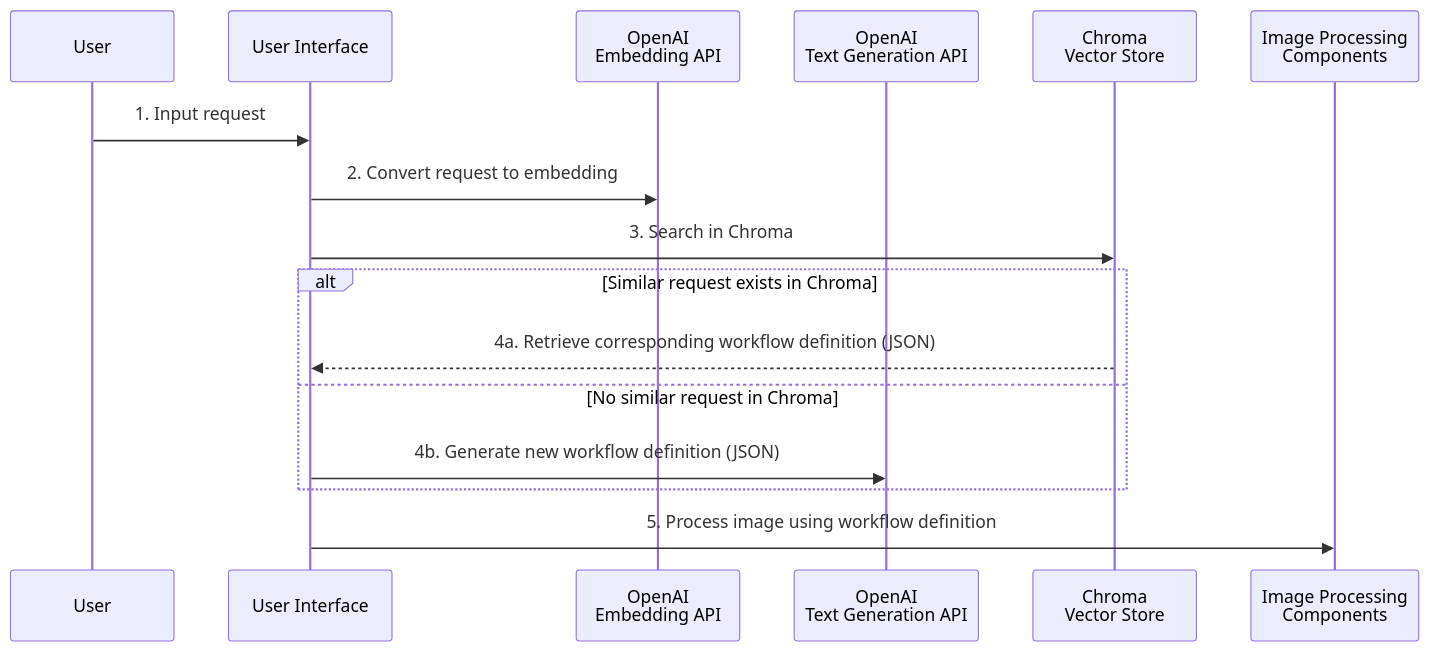
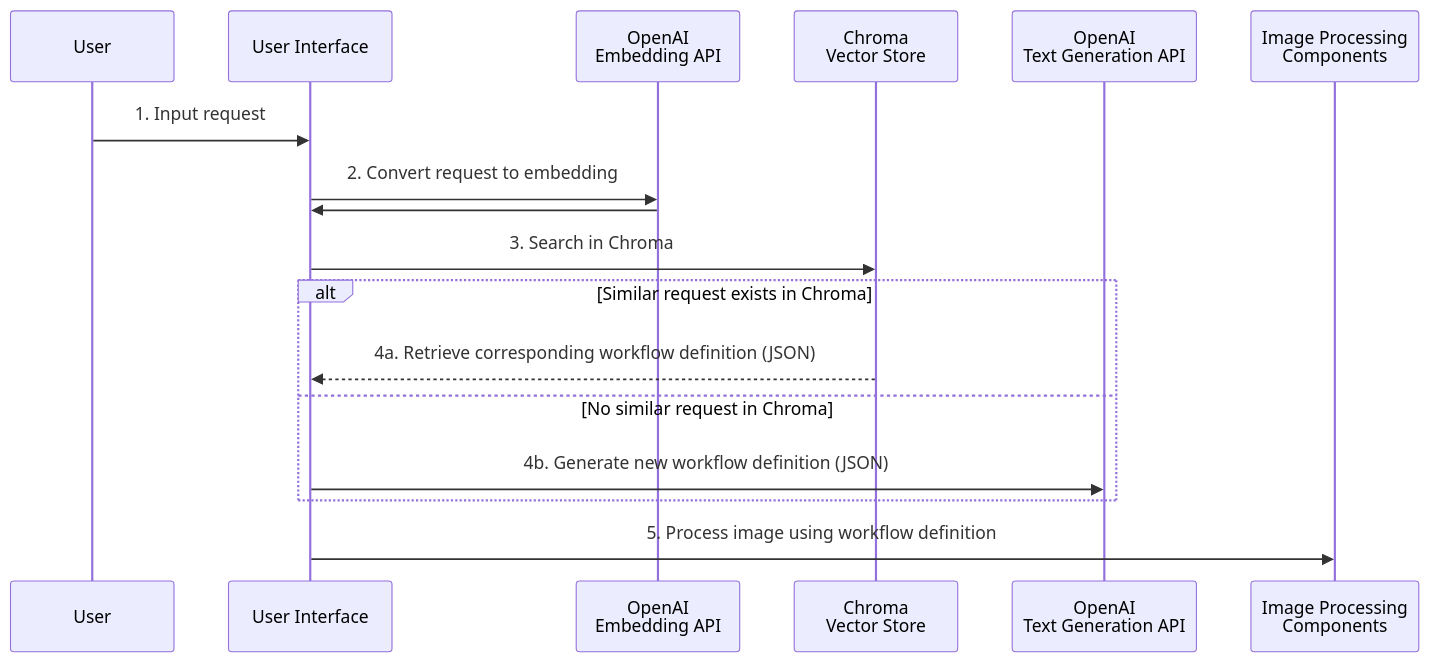
The diagram in README.md (ototadana/imgflw), drawn with Mermaid before and after one commit.

Commit message:
update sequence diagram

````diff
--- a/README.md
+++ b/README.md
@@ -7,19 +7,20 @@
 ```mermaid
 sequenceDiagram
     participant User
     participant imgflw as User Interface
     participant OpenAI_Embed as OpenAI<br/>Embedding API
+    participant Chroma as Chroma<br/>Vector Store
     participant OpenAI_TextGen as OpenAI<br/>Text Generation API
-    participant Chroma as Chroma<br/>Vector Store
     participant FaceEditor as Image Processing<br/>Components
 
     User->>imgflw: 1. Input request
     imgflw->>OpenAI_Embed: 2. Convert request to embedding
+    OpenAI_Embed->>imgflw: 
     imgflw->>Chroma: 3. Search in Chroma
     alt Similar request exists in Chroma
         Chroma-->>imgflw: 4a. Retrieve corresponding workflow definition (JSON)
     else No similar request in Chroma
         imgflw->>OpenAI_TextGen: 4b. Generate new workflow definition (JSON)
     end
     imgflw->>FaceEditor: 5. Process image using workflow definition
 ```
````
